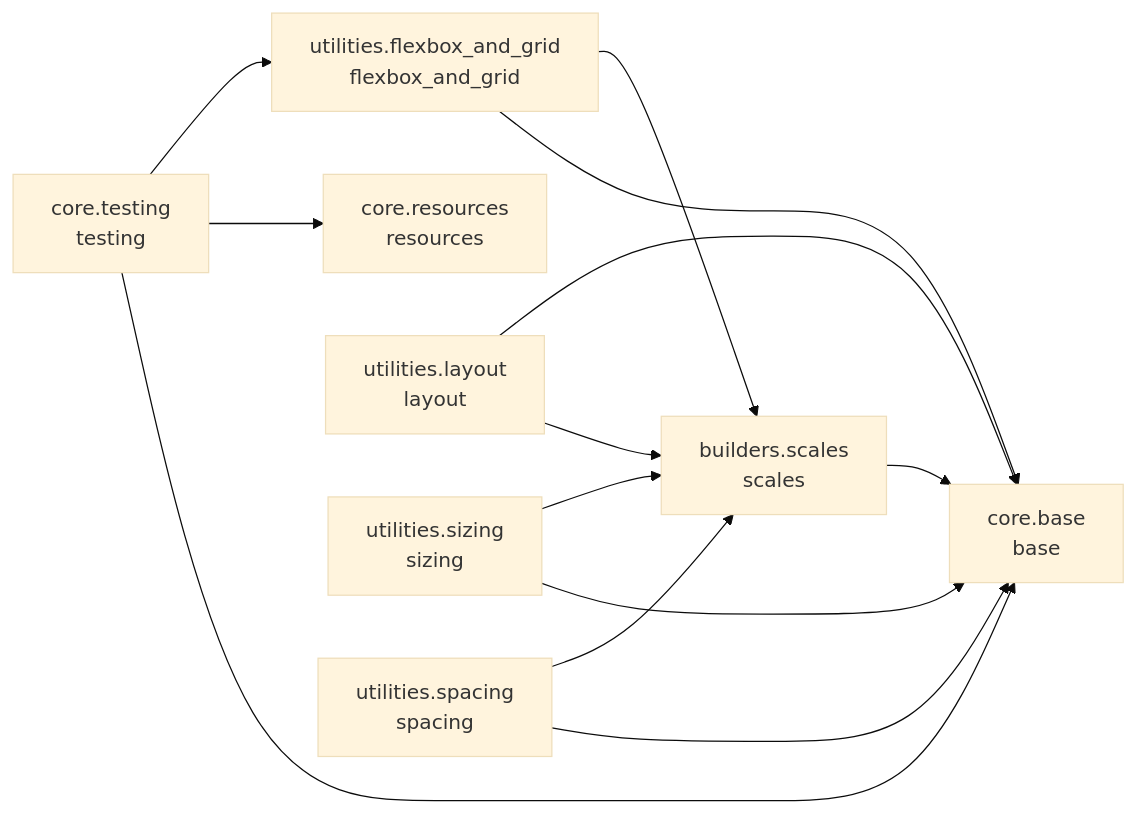
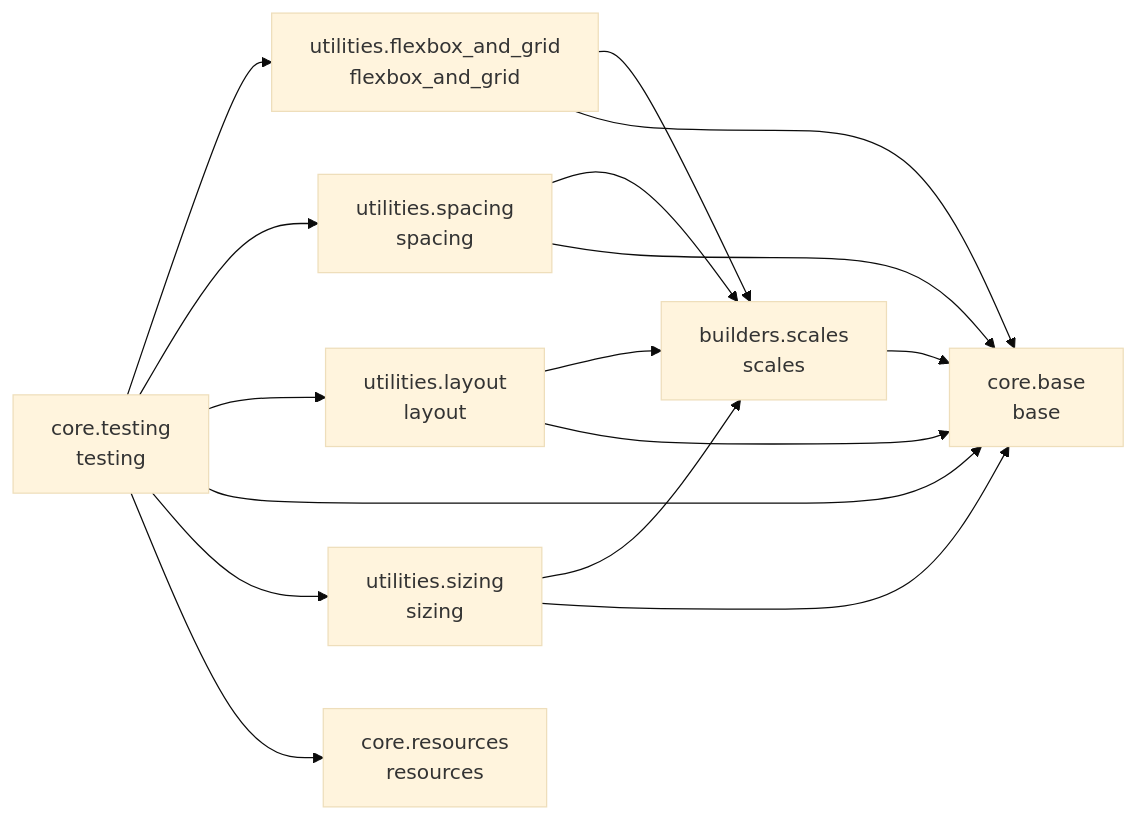
The diagram in README.md (cj-mills/cjm-fasthtml-tailwind), drawn with Mermaid (base theme) before and after one commit. The commit also changed other lines of this file and 4 other files, not shown here.

````diff
--- a/README.md
+++ b/README.md
@@ -31,24 +31,27 @@
 ``` mermaid
 graph LR
     builders_scales[builders.scales<br/>scales]
     core_base[core.base<br/>base]
     core_resources[core.resources<br/>resources]
     core_testing[core.testing<br/>testing]
     utilities_flexbox_and_grid[utilities.flexbox_and_grid<br/>flexbox_and_grid]
     utilities_layout[utilities.layout<br/>layout]
     utilities_sizing[utilities.sizing<br/>sizing]
     utilities_spacing[utilities.spacing<br/>spacing]
 
     builders_scales --> core_base
+    core_testing --> utilities_flexbox_and_grid
+    core_testing --> utilities_spacing
+    core_testing --> utilities_layout
     core_testing --> core_base
+    core_testing --> utilities_sizing
     core_testing --> core_resources
-    core_testing --> utilities_flexbox_and_grid
+    utilities_flexbox_and_grid --> builders_scales
     utilities_flexbox_and_grid --> core_base
-    utilities_flexbox_and_grid --> builders_scales
     utilities_layout --> builders_scales
     utilities_layout --> core_base
+    utilities_sizing --> builders_scales
     utilities_sizing --> core_base
-    utilities_sizing --> builders_scales
+    utilities_spacing --> builders_scales
     utilities_spacing --> core_base
-    utilities_spacing --> builders_scales
 ```
````
